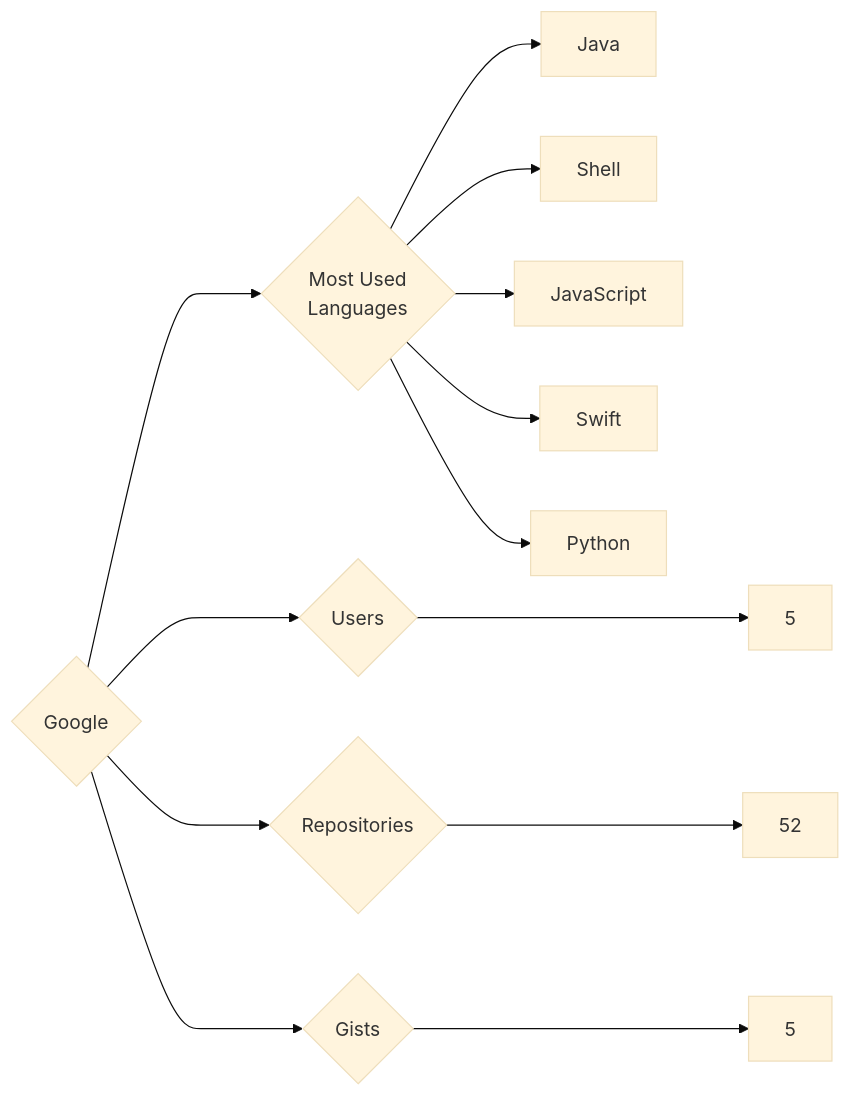
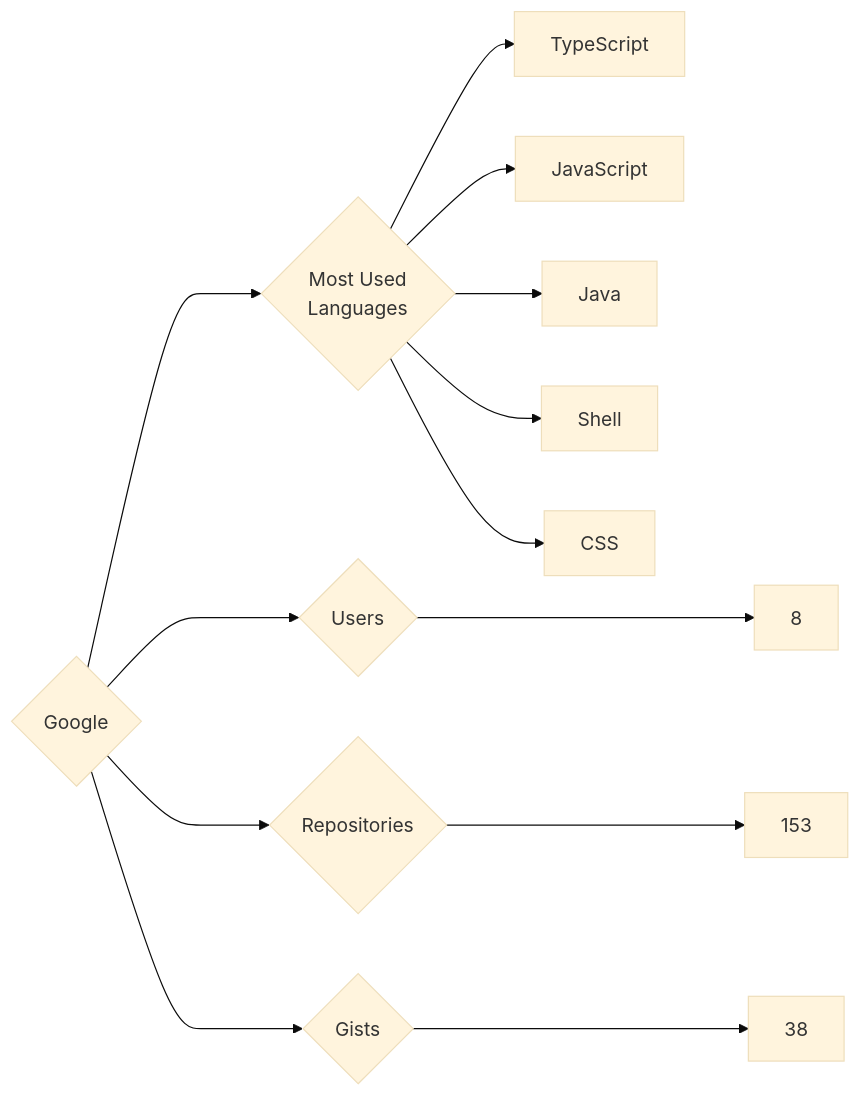
One commit to trickest/insiders changed the diagram in targets/Google/README.md. Above: the diagram before and after it, drawn with Mermaid (base theme). The commit also changed 1088 other files, not shown here.

````diff
--- a/targets/Google/README.md
+++ b/targets/Google/README.md
@@ -3,13 +3,13 @@
 ```mermaid
 graph LR
 COMPANY_NAME{Google}
-COMPANY_NAME ---> U{Users} ---> UN[5]
-COMPANY_NAME ---> R{Repositories} ---> RN[52]
-COMPANY_NAME ---> G{Gists} ---> GN[5]
+COMPANY_NAME ---> U{Users} ---> UN[8]
+COMPANY_NAME ---> R{Repositories} ---> RN[153]
+COMPANY_NAME ---> G{Gists} ---> GN[38]
 COMPANY_NAME ---> ML{Most Used<br>Languages}
+ML --> TypeScript[TypeScript]
+ML --> JavaScript[JavaScript]
 ML --> Java[Java]
 ML --> Shell[Shell]
-ML --> JavaScript[JavaScript]
-ML --> Swift[Swift]
-ML --> Python[Python]
+ML --> CSS[CSS]
 ```
````
